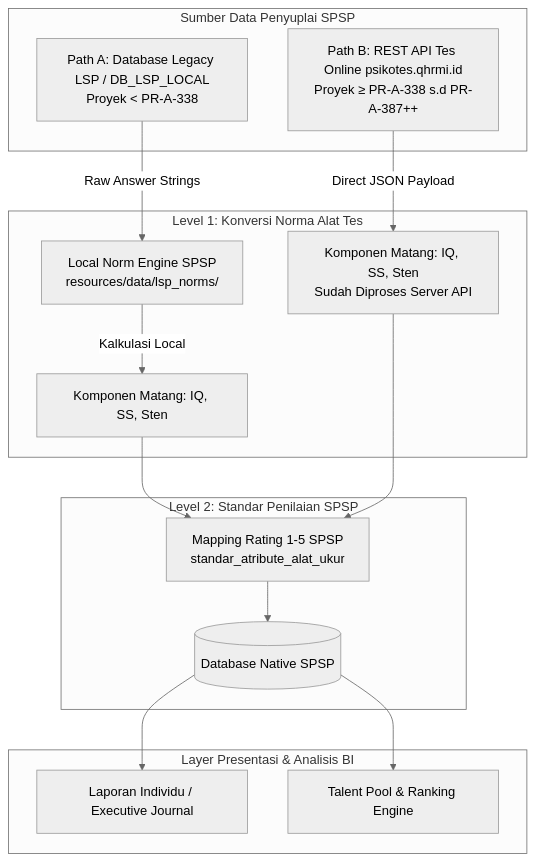
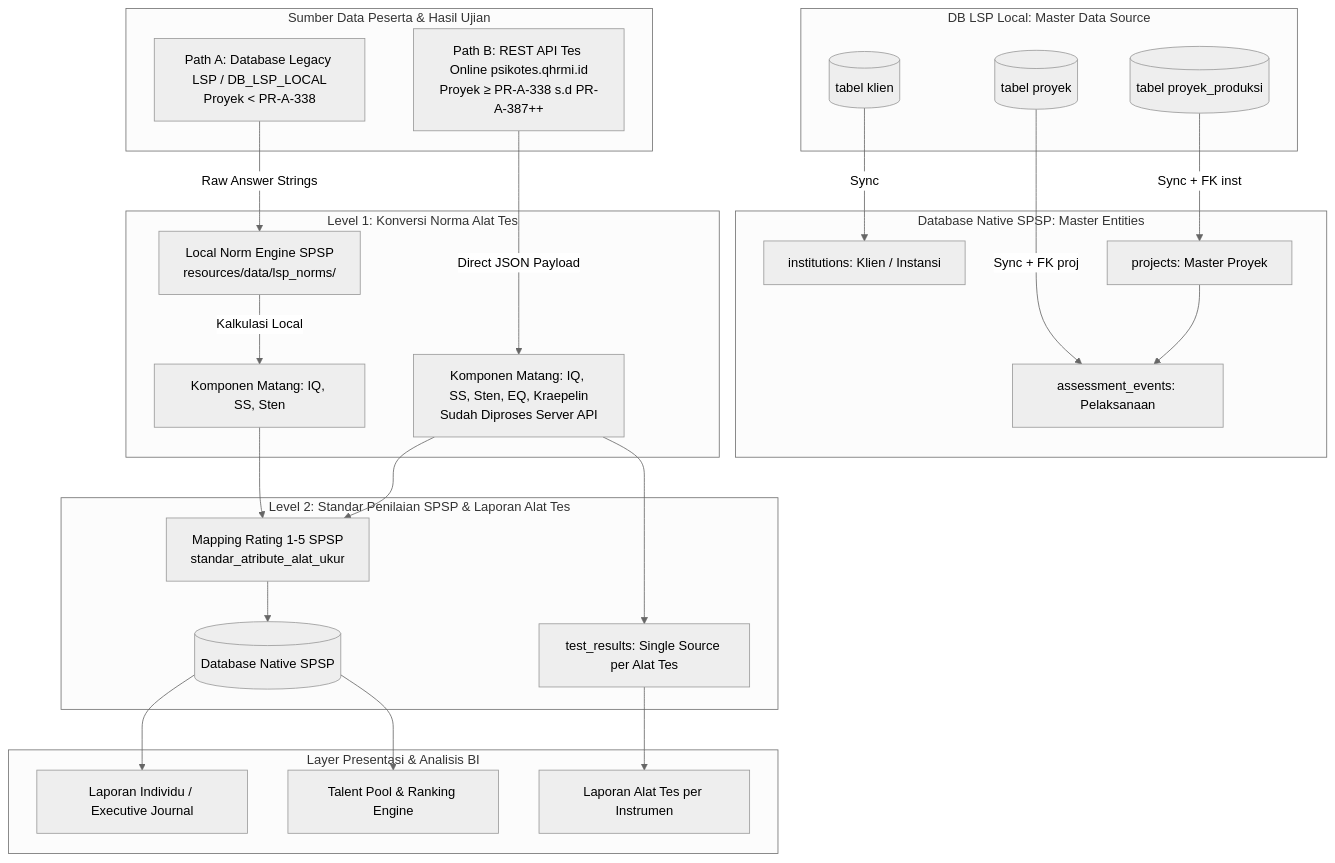
One commit to RnDQuantum/spsp_new changed the diagram in docs/lsp_integration/FUNDAMENTAL_ARCHITECTURE.md. Above: the diagram before and after it, drawn with Mermaid (neutral theme). The commit also changed other lines of this file and 2 other files, not shown here.

First line of the commit message:
docs(lsp_integration): document Project model and master data syncing architecture

````diff
--- a/docs/lsp_integration/FUNDAMENTAL_ARCHITECTURE.md
+++ b/docs/lsp_integration/FUNDAMENTAL_ARCHITECTURE.md
@@ -19,25 +19,44 @@
 ```mermaid
 flowchart TD
-    subgraph DUAL_SOURCES [Sumber Data Penyuplai SPSP]
+    subgraph LSP_MASTER [DB LSP Local: Master Data Source]
+        M1[(tabel klien)]
+        M2[(tabel proyek_produksi)]
+        M3[(tabel proyek)]
+    end
+
+    subgraph SPSP_MASTER [Database Native SPSP: Master Entities]
+        INST[institutions: Klien / Instansi]
+        PROJ[projects: Master Proyek]
+        EVT[assessment_events: Pelaksanaan]
+    end
+
+    subgraph DUAL_SOURCES [Sumber Data Peserta & Hasil Ujian]
         S1[Path A: Database Legacy LSP / DB_LSP_LOCAL\nProyek < PR-A-338]
         S2[Path B: REST API Tes Online psikotes.qhrmi.id\nProyek ≥ PR-A-338 s.d PR-A-387++]
     end
 
     subgraph LEVEL_1 [Level 1: Konversi Norma Alat Tes]
         S1 -->|Raw Answer Strings| N1[Local Norm Engine SPSP\nresources/data/lsp_norms/]
         N1 -->|Kalkulasi Local| C1[Komponen Matang: IQ, SS, Sten]
-        
-        S2 -->|Direct JSON Payload| C2[Komponen Matang: IQ, SS, Sten\nSudah Diproses Server API]
+
+        S2 -->|Direct JSON Payload| C2[Komponen Matang: IQ, SS, Sten, EQ, Kraepelin\nSudah Diproses Server API]
     end
 
-    subgraph LEVEL_2 [Level 2: Standar Penilaian SPSP]
-        C1 --> M1[Mapping Rating 1-5 SPSP\nstandar_atribute_alat_ukur]
-        C2 --> M1
-        M1 --> DB_SPSP[(Database Native SPSP)]
+    subgraph LEVEL_2 [Level 2: Standar Penilaian SPSP & Laporan Alat Tes]
+        C1 --> M4[Mapping Rating 1-5 SPSP\nstandar_atribute_alat_ukur]
+        C2 --> M4
+        C2 --> TR[test_results: Single Source per Alat Tes]
+        M4 --> DB_SPSP[(Database Native SPSP)]
     end
 
     subgraph BI_ANALYTICS [Layer Presentasi & Analisis BI]
         DB_SPSP --> UI1[Laporan Individu / Executive Journal]
         DB_SPSP --> UI2[Talent Pool & Ranking Engine]
+        TR --> UI3[Laporan Alat Tes per Instrumen]
     end
+
+    M1 -->|Sync| INST
+    M2 -->|Sync + FK inst| PROJ
+    M3 -->|Sync + FK proj| EVT
+    PROJ --> EVT
 ```
````
